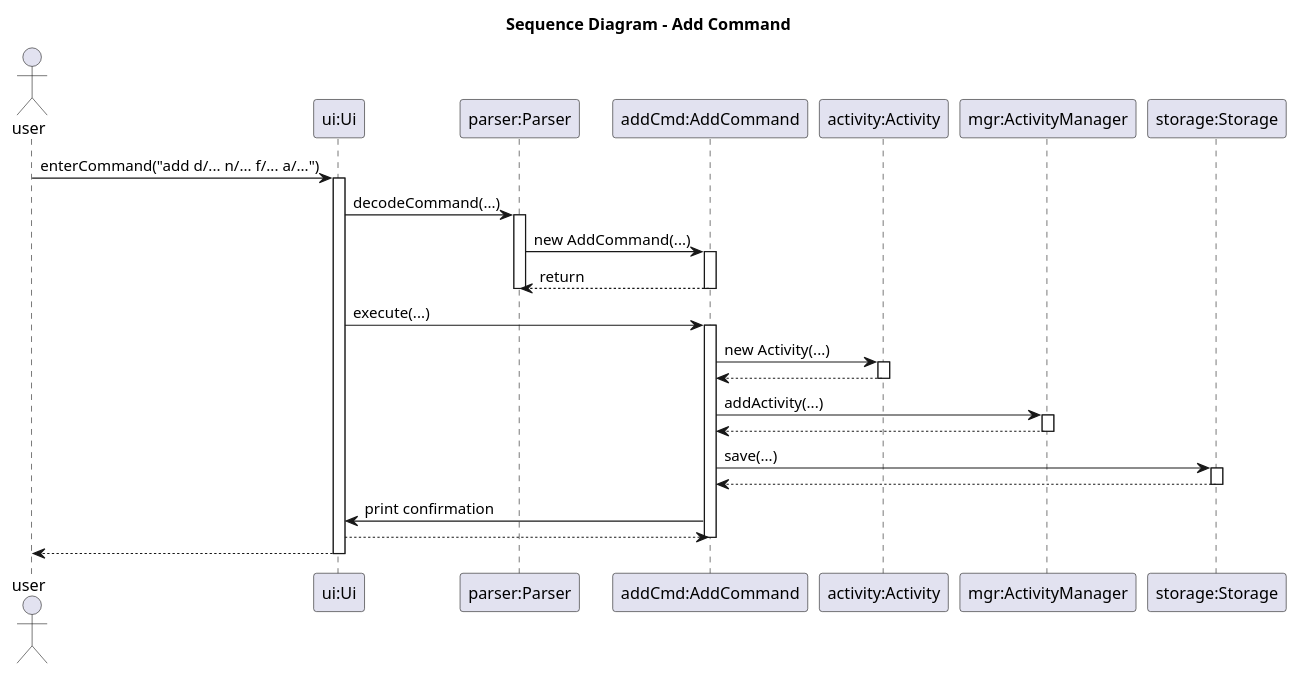
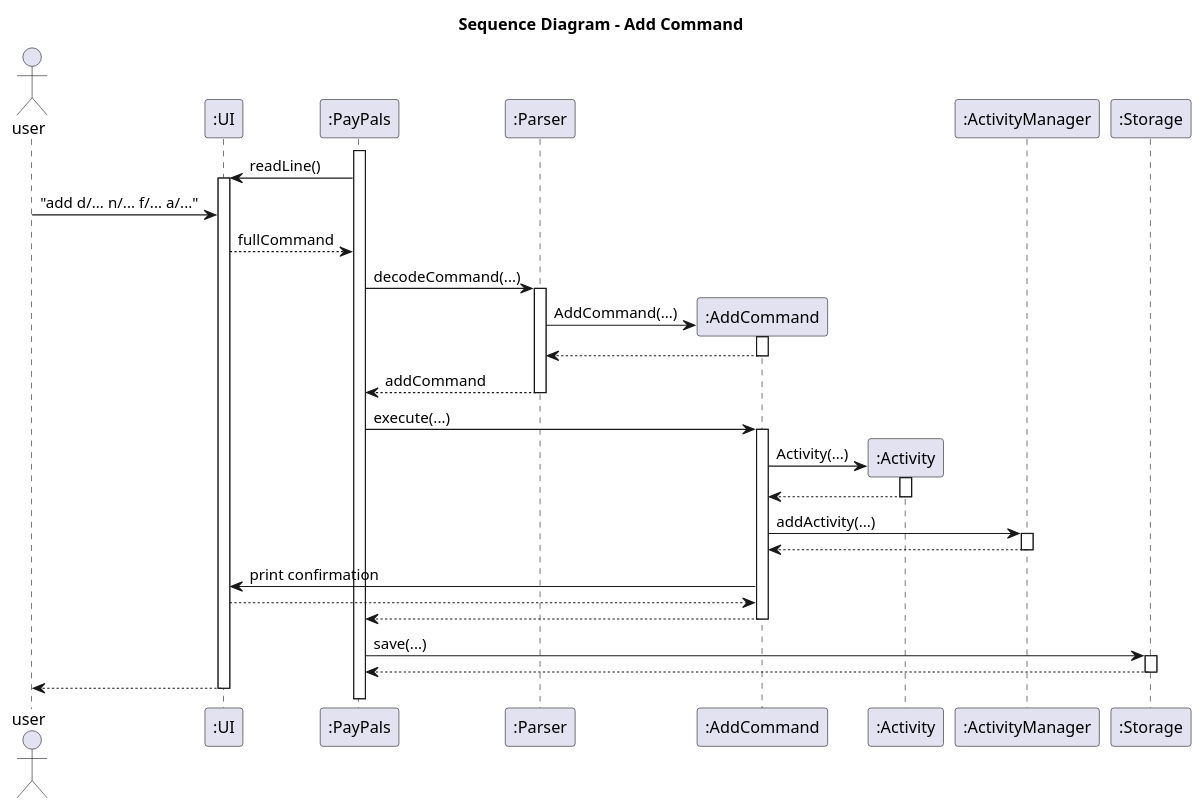
One commit to jing-yen/tp changed the diagram in docs/diagrams/AddCmdSeq.puml. Above: the diagram before and after it, drawn with PlantUML. The commit also changed 7 other files, not shown here.

Commit message:
Edit sequence diagrams for commands

```diff
--- a/docs/diagrams/AddCmdSeq.puml
+++ b/docs/diagrams/AddCmdSeq.puml
@@ -1,44 +1,51 @@
 @startuml
 title Sequence Diagram - Add Command
 actor user
 
-participant "ui:Ui" as ui
-participant "parser:Parser" as parser
-participant "addCmd:AddCommand" as addCmd
-participant "activity:Activity" as activity
-participant "mgr:ActivityManager" as mgr
-participant "storage:Storage" as storage
+participant ":UI" as ui
+participant ":PayPals" as pp
+participant ":Parser" as parser
+participant ":AddCommand" as addCmd
+participant ":Activity" as activity
+participant ":ActivityManager" as mgr
+participant ":Storage" as storage
 
-user -> ui : enterCommand("add d/... n/... f/... a/...")
+activate pp
+pp -> ui : readLine()
 activate ui
-ui -> parser : decodeCommand(...)
+user -> ui : "add d/... n/... f/... a/..."
+ui --> pp : fullCommand
+pp -> parser : decodeCommand(...)
 activate parser
-parser -> addCmd : new AddCommand(...)
+parser -> addCmd ** : AddCommand(...)
 activate addCmd
-addCmd --> parser : return
+addCmd --> parser :
 deactivate addCmd
+parser --> pp : addCommand
 deactivate parser
 
-ui -> addCmd : execute(...)
+pp -> addCmd : execute(...)
 activate addCmd
-addCmd -> activity : new Activity(...)
+addCmd -> activity ** : Activity(...)
 activate activity
 activity --> addCmd :
 deactivate activity
 
 addCmd -> mgr : addActivity(...)
 activate mgr
 mgr --> addCmd :
 deactivate mgr
 
-addCmd -> storage : save(...)
-activate storage
-storage --> addCmd :
-deactivate storage
-
 addCmd -> ui : print confirmation
 ui --> addCmd :
+addCmd --> pp
 deactivate addCmd
+
+pp -> storage : save(...)
+activate storage
+storage --> pp :
+deactivate storage
 ui --> user :
 deactivate ui
+
 @enduml
```
